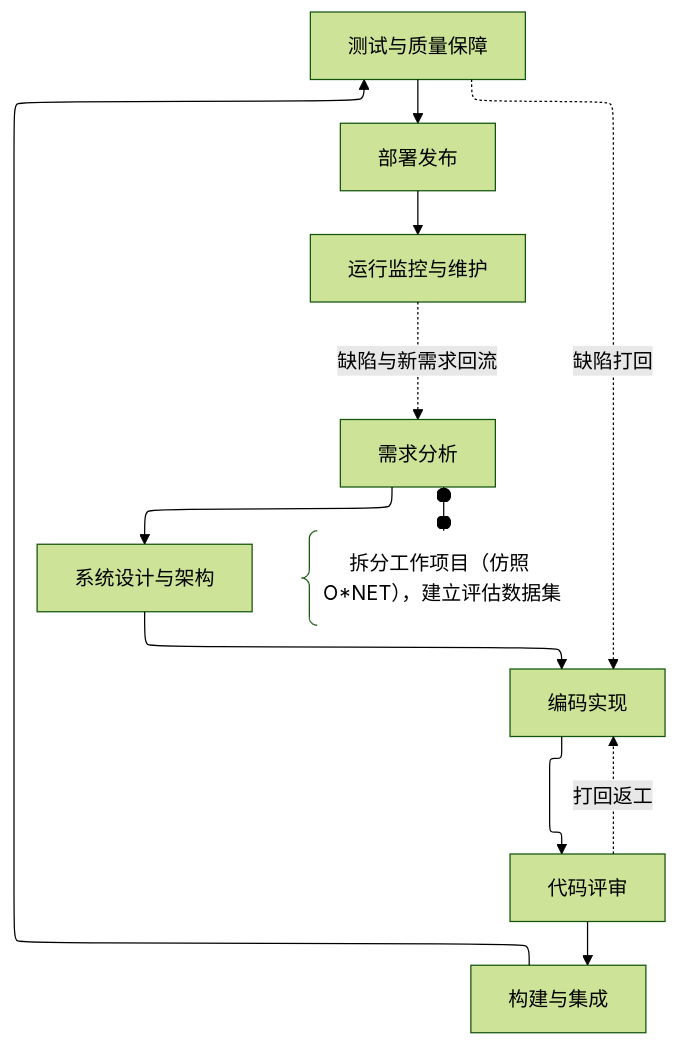
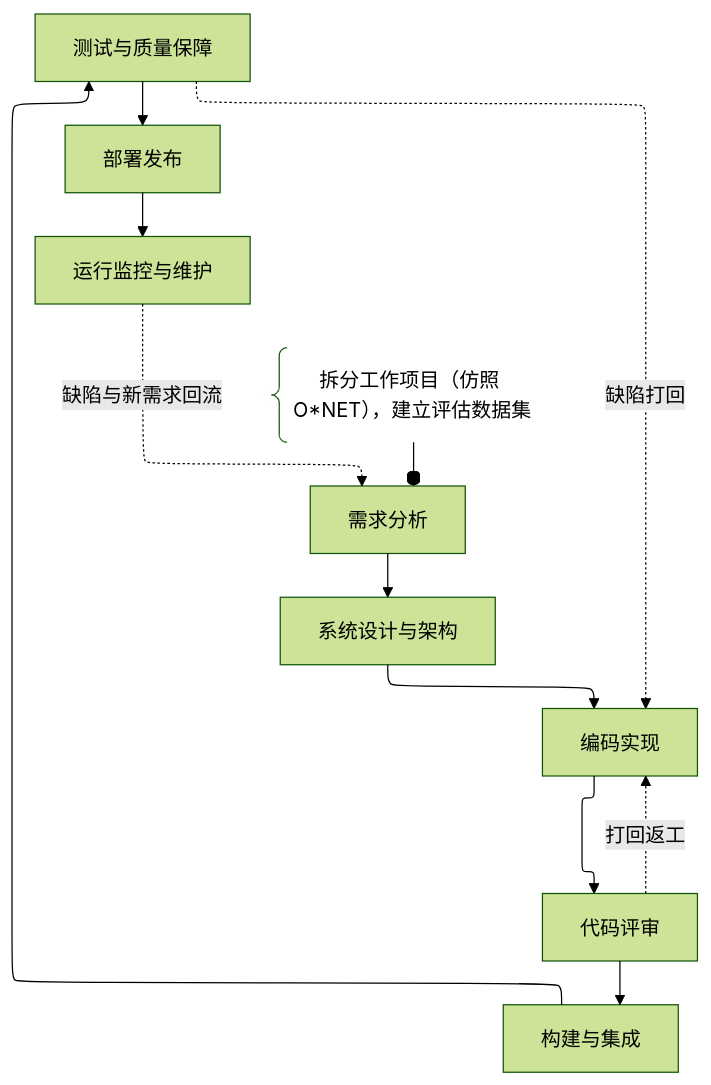
Before and after one commit to AI-LLM/Controversy: the second of 2 diagrams in chat/AIKnowledgeLabor.md, drawn with Mermaid (forest theme). The commit also changed 2 other files, not shown here.

Commit message:
R_A1 --o R

````diff
--- a/chat/AIKnowledgeLabor.md
+++ b/chat/AIKnowledgeLabor.md
@@ -628,19 +628,19 @@
 ```mermaid
 ---
 config:
   layout: elk
 ---
 graph TD
     R[需求分析] --> D[系统设计与架构]
     D --> C[编码实现]
     C --> CR[代码评审]
     CR --> IG[构建与集成]
     IG --> T[测试与质量保障]
     T --> DP[部署发布]
     DP --> MO[运行监控与维护]
     CR -. 打回返工 .-> C
     T -. 缺陷打回 .-> C
     MO -. 缺陷与新需求回流 .-> R
     R_A1@{ shape: comment, label: "拆分工作项目（仿照 O*NET），建立评估数据集" }
-    R o--o R_A1
+    R_A1 --o R
 ```
````
